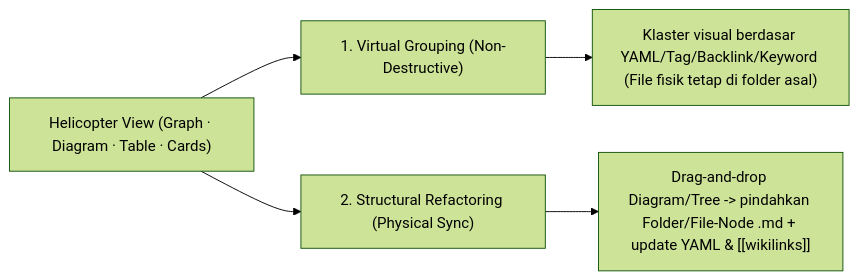
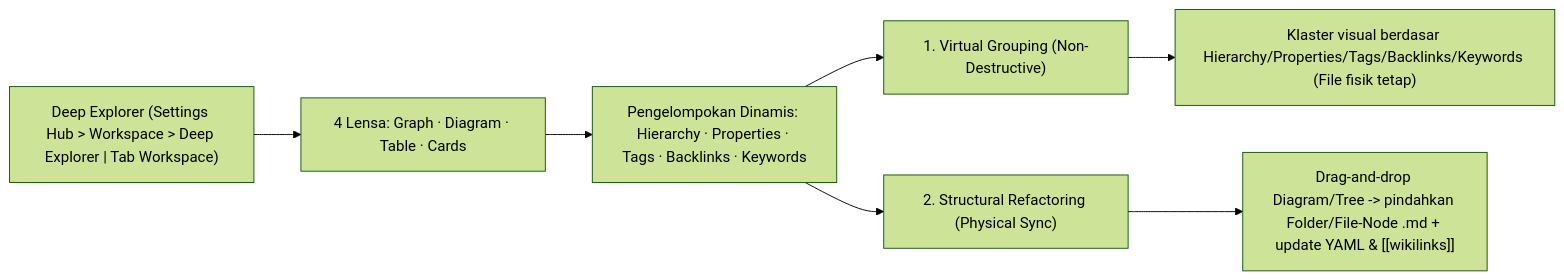
Before and after one commit to mjd-code/obmap-meed: the diagram in docs/03-architecture/layout-engine.md, drawn with Mermaid (forest theme). The commit also changed other lines of this file and 87 other files, not shown here.

````diff
--- a/docs/03-architecture/layout-engine.md
+++ b/docs/03-architecture/layout-engine.md
@@ -57,7 +57,9 @@
 ```mermaid
 flowchart LR
-    HV["Helicopter View (Graph · Diagram · Table · Cards)"] --> VG["1. Virtual Grouping (Non-Destructive)"]
-    HV --> SR["2. Structural Refactoring (Physical Sync)"]
-    VG --> VGO["Klaster visual berdasar YAML/Tag/Backlink/Keyword (File fisik tetap di folder asal)"]
+    DE["Deep Explorer (Settings Hub > Workspace > Deep Explorer | Tab Workspace)"] --> LENS["4 Lensa: Graph · Diagram · Table · Cards"]
+    LENS --> GRP["Pengelompokan Dinamis: Hierarchy · Properties · Tags · Backlinks · Keywords"]
+    GRP --> VG["1. Virtual Grouping (Non-Destructive)"]
+    GRP --> SR["2. Structural Refactoring (Physical Sync)"]
+    VG --> VGO["Klaster visual berdasar Hierarchy/Properties/Tags/Backlinks/Keywords (File fisik tetap)"]
     SR --> SRO["Drag-and-drop Diagram/Tree -> pindahkan Folder/File-Node .md + update YAML & [[wikilinks]]"]
 ```
````
